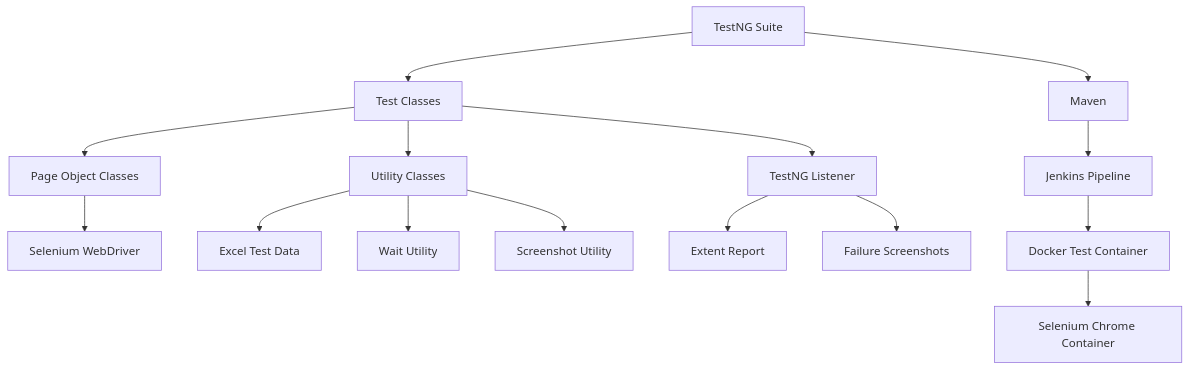
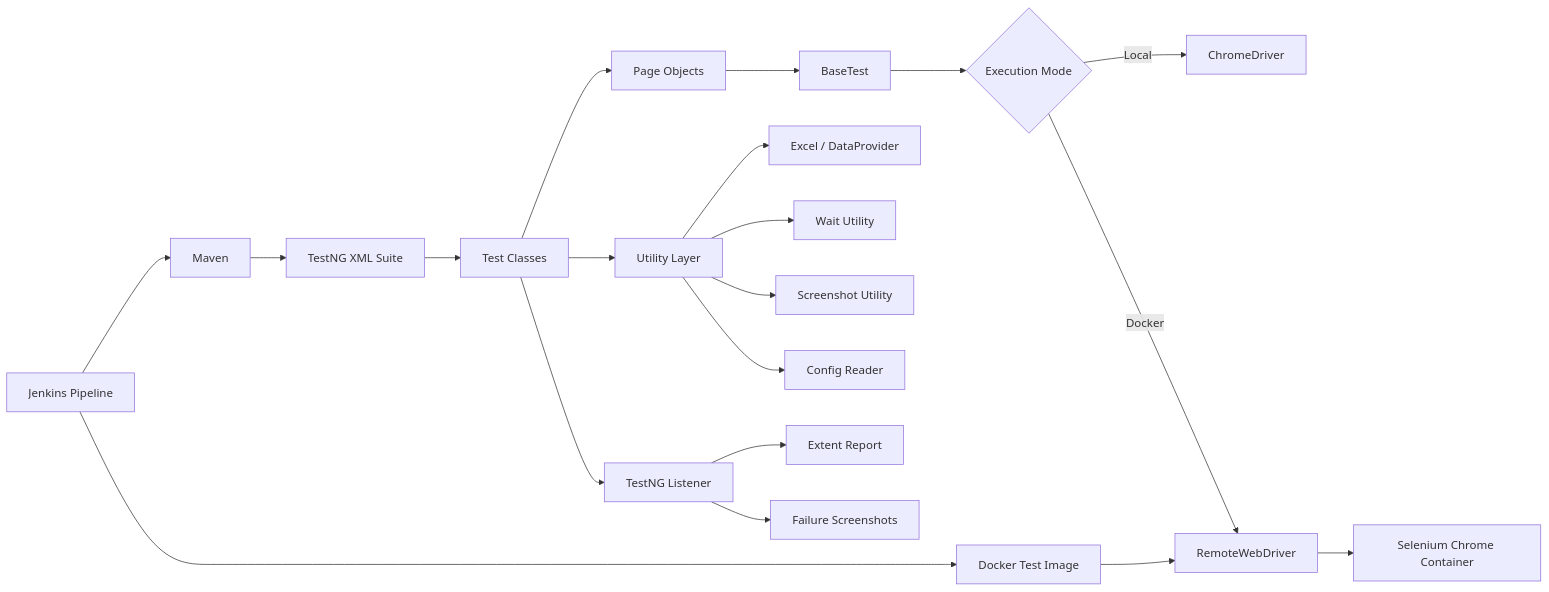
Before and after one commit to surajforu/Wipro-CapstoneProject-ParaBank-Automation: the first of 4 diagrams in README.md, drawn with Mermaid. The commit also changed other lines of this file, not shown here.

````diff
--- a/README.md
+++ b/README.md
@@ -117,17 +203,26 @@
 ```mermaid
-flowchart TD
-    A[TestNG Suite] --> B[Test Classes]
-    B --> C[Page Object Classes]
-    C --> D[Selenium WebDriver]
-    B --> E[Utility Classes]
-    E --> F[Excel Test Data]
-    E --> G[Wait Utility]
-    E --> H[Screenshot Utility]
-    B --> I[TestNG Listener]
-    I --> J[Extent Report]
-    I --> K[Failure Screenshots]
-    A --> L[Maven]
-    L --> M[Jenkins Pipeline]
-    M --> N[Docker Test Container]
-    N --> O[Selenium Chrome Container]
+flowchart LR
+    A[TestNG XML Suite] --> B[Test Classes]
+    B --> C[Page Objects]
+    B --> D[Utility Layer]
+    B --> E[TestNG Listener]
+
+    C --> F[BaseTest]
+    D --> G[Excel / DataProvider]
+    D --> H[Wait Utility]
+    D --> I[Screenshot Utility]
+    D --> J[Config Reader]
+
+    E --> K[Extent Report]
+    E --> L[Failure Screenshots]
+
+    F --> M{Execution Mode}
+    M -->|Local| N[ChromeDriver]
+    M -->|Docker| O[RemoteWebDriver]
+    O --> P[Selenium Chrome Container]
+
+    Q[Maven] --> A
+    R[Jenkins Pipeline] --> Q
+    R --> S[Docker Test Image]
+    S --> O
 ```
````
